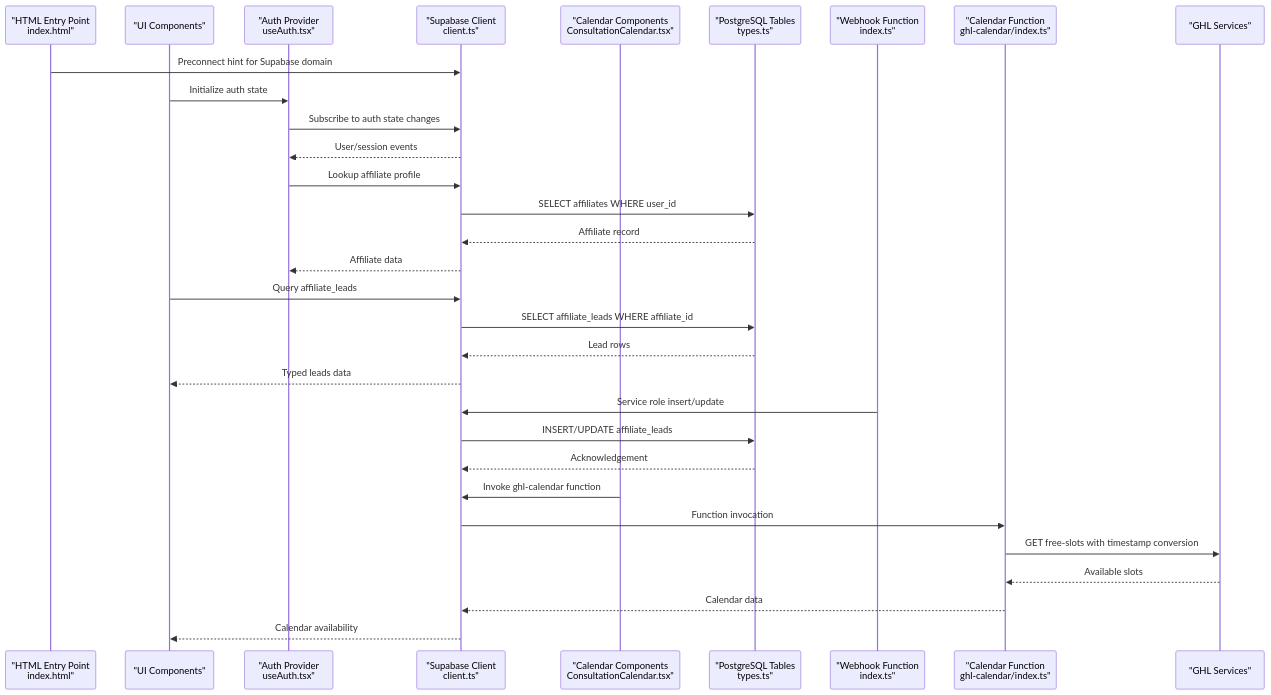
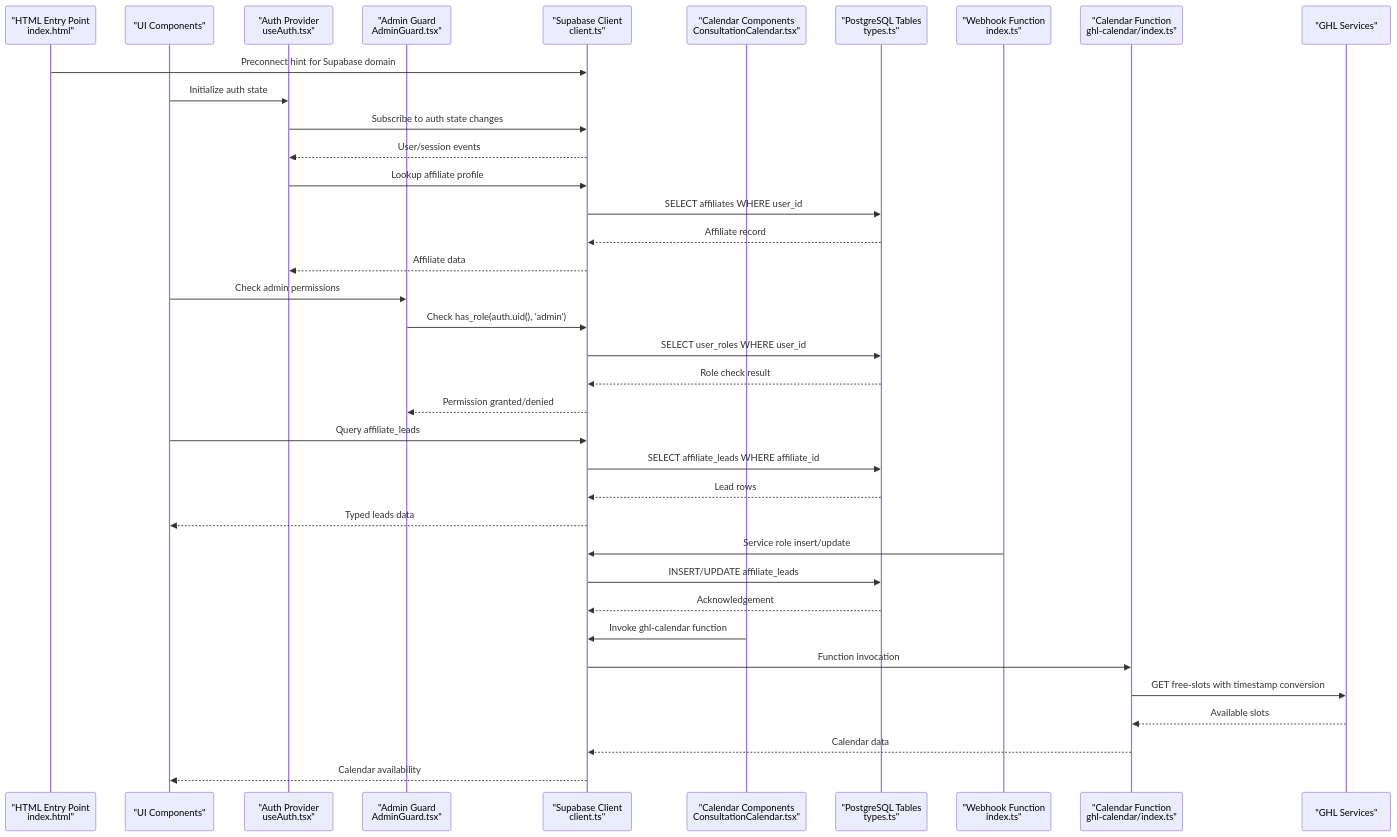
The second of 10 diagrams in .qoder/repowiki/en/content/Data Layer & Supabase Integration.md (Hawky1/ryland), drawn with Mermaid before and after one commit. The commit also changed other lines of this file and 6 other files, not shown here.

Commit message:
Fix useAdminRole to cache result and prevent re-check on tab switch

````diff
--- a/.qoder/repowiki/en/content/Data Layer & Supabase Integration.md
+++ b/.qoder/repowiki/en/content/Data Layer & Supabase Integration.md
@@ -143,33 +180,39 @@
 ```mermaid
 sequenceDiagram
 participant HTML as "HTML Entry Point<br/>index.html"
 participant UI as "UI Components"
 participant Auth as "Auth Provider<br/>useAuth.tsx"
+participant AdminGuard as "Admin Guard<br/>AdminGuard.tsx"
 participant Client as "Supabase Client<br/>client.ts"
 participant CalComp as "Calendar Components<br/>ConsultationCalendar.tsx"
 participant DB as "PostgreSQL Tables<br/>types.ts"
 participant Func as "Webhook Function<br/>index.ts"
 participant CalFunc as "Calendar Function<br/>ghl-calendar/index.ts"
 participant GHL as "GHL Services"
 HTML->>Client : Preconnect hint for Supabase domain
 UI->>Auth : Initialize auth state
 Auth->>Client : Subscribe to auth state changes
 Client-->>Auth : User/session events
 Auth->>Client : Lookup affiliate profile
 Client->>DB : SELECT affiliates WHERE user_id
 DB-->>Client : Affiliate record
 Client-->>Auth : Affiliate data
+UI->>AdminGuard : Check admin permissions
+AdminGuard->>Client : Check has_role(auth.uid(), 'admin')
+Client->>DB : SELECT user_roles WHERE user_id
+DB-->>Client : Role check result
+Client-->>AdminGuard : Permission granted/denied
 UI->>Client : Query affiliate_leads
 Client->>DB : SELECT affiliate_leads WHERE affiliate_id
 DB-->>Client : Lead rows
 Client-->>UI : Typed leads data
 Func->>Client : Service role insert/update
 Client->>DB : INSERT/UPDATE affiliate_leads
 DB-->>Client : Acknowledgement
 CalComp->>Client : Invoke ghl-calendar function
 Client->>CalFunc : Function invocation
 CalFunc->>GHL : GET free-slots with timestamp conversion
 GHL-->>CalFunc : Available slots
 CalFunc-->>Client : Calendar data
 Client-->>UI : Calendar availability
 ```
````
